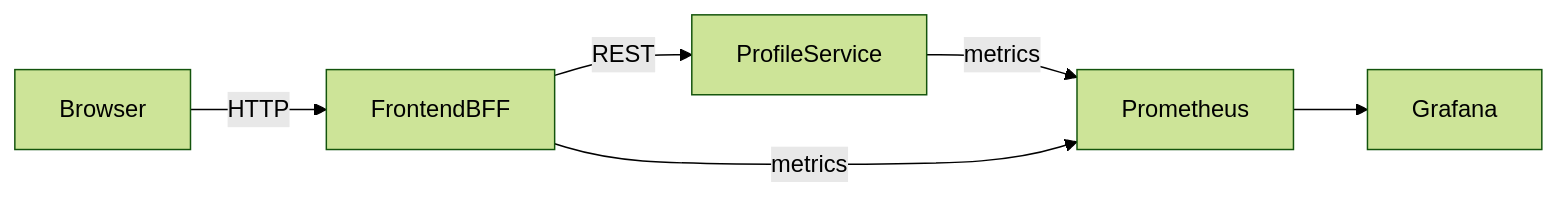
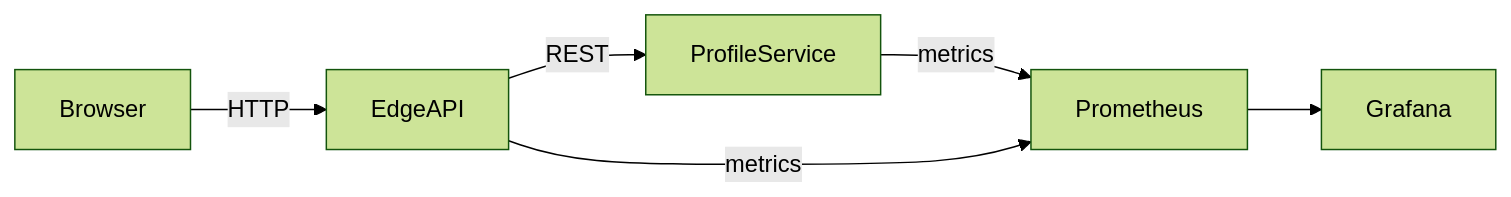
One commit to noctemlabs/carlos-portfolio changed the diagram in README.md. Above: the diagram before and after it, drawn with Mermaid (forest theme). The commit also changed other lines of this file, not shown here.

````diff
--- a/README.md
+++ b/README.md
@@ -59,8 +57,8 @@
 ```mermaid
 graph LR
-  Browser -->|HTTP| FrontendBFF
-  FrontendBFF -->|REST| ProfileService
+  Browser -->|HTTP| EdgeAPI
+  EdgeAPI -->|REST| ProfileService
   ProfileService -->|metrics| Prometheus
-  FrontendBFF -->|metrics| Prometheus
+  EdgeAPI -->|metrics| Prometheus
   Prometheus --> Grafana
 ```
````
